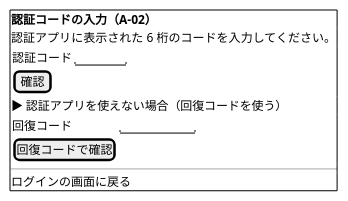
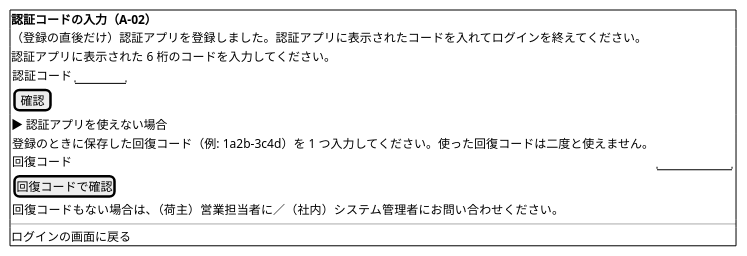
The third of 3 diagrams in docs/development/cargo-tracker/bolt_31c_plan.md (k2works/practical-domain-driven-design-in-enterpris-application), drawn with PlantUML before and after one commit. The commit also changed other lines of this file and 4 other files, not shown here.

````diff
--- a/docs/development/cargo-tracker/bolt_31c_plan.md
+++ b/docs/development/cargo-tracker/bolt_31c_plan.md
@@ -156,19 +166,22 @@
 ```plantuml
 @startsalt
 {+
   <b>認証コードの入力（A-02）
+  （登録の直後だけ）認証アプリを登録しました。認証アプリに表示されたコードを入れてログインを終えてください。
   認証アプリに表示された 6 桁のコードを入力してください。
   {
     認証コード | "      "
     [ 確認 ]
   }
-  ▶ 認証アプリを使えない場合（回復コードを使う）
+  ▶ 認証アプリを使えない場合
   {
+    登録のときに保存した回復コード（例: 1a2b-3c4d）を 1 つ入力してください。使った回復コードは二度と使えません。
     回復コード | "         "
     [ 回復コードで確認 ]
+    回復コードもない場合は、（荷主）営業担当者に／（社内）システム管理者にお問い合わせください。
   }
   ---
   ログインの画面に戻る
 }
 @endsalt
 ```
````
